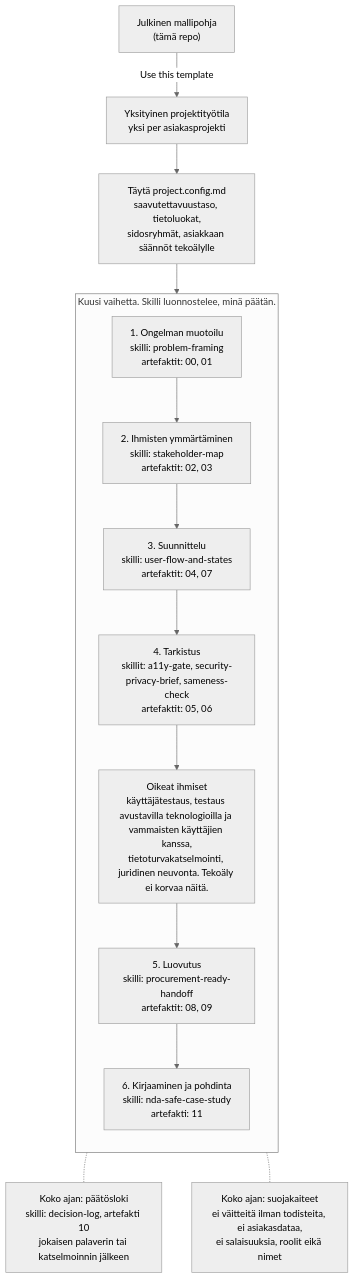
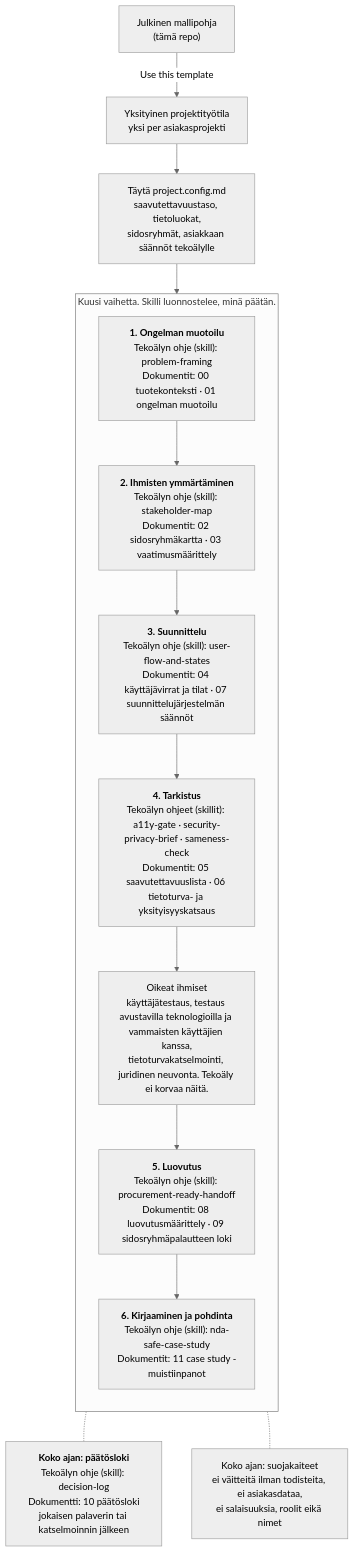
The diagram in docs/esittelyopas.md (beritalasmaki/project-set-up-template), drawn with Mermaid (neutral theme) before and after one commit. The commit also changed 2 other files, not shown here.

Commit message:
Format skill and document info in the process diagrams
Claude-Session: https://claude.ai/code/session_015M7xwrtszs2nSRjZ9Bacdz

````diff
--- a/docs/esittelyopas.md
+++ b/docs/esittelyopas.md
@@ -45,21 +45,21 @@
 ```mermaid
 flowchart TD
     T["Julkinen mallipohja<br/>(tämä repo)"] -->|"Use this template"| W["Yksityinen projektityötila<br/>yksi per asiakasprojekti"]
     W --> C["Täytä project.config.md<br/>saavutettavuustaso, tietoluokat,<br/>sidosryhmät, asiakkaan säännöt tekoälylle"]
     C --> STAGES
 
     subgraph STAGES["Kuusi vaihetta. Skilli luonnostelee, minä päätän."]
         direction TB
-        S1["1. Ongelman muotoilu<br/>skilli: problem-framing<br/>artefaktit: 00, 01"]
-        S2["2. Ihmisten ymmärtäminen<br/>skilli: stakeholder-map<br/>artefaktit: 02, 03"]
-        S3["3. Suunnittelu<br/>skilli: user-flow-and-states<br/>artefaktit: 04, 07"]
-        S4["4. Tarkistus<br/>skillit: a11y-gate, security-privacy-brief, sameness-check<br/>artefaktit: 05, 06"]
+        S1["<b>1. Ongelman muotoilu</b><br/>Tekoälyn ohje (skill): problem-framing<br/>Dokumentit: 00 tuotekonteksti · 01 ongelman muotoilu"]
+        S2["<b>2. Ihmisten ymmärtäminen</b><br/>Tekoälyn ohje (skill): stakeholder-map<br/>Dokumentit: 02 sidosryhmäkartta · 03 vaatimusmäärittely"]
+        S3["<b>3. Suunnittelu</b><br/>Tekoälyn ohje (skill): user-flow-and-states<br/>Dokumentit: 04 käyttäjävirrat ja tilat · 07 suunnittelujärjestelmän säännöt"]
+        S4["<b>4. Tarkistus</b><br/>Tekoälyn ohjeet (skillit): a11y-gate · security-privacy-brief · sameness-check<br/>Dokumentit: 05 saavutettavuuslista · 06 tietoturva- ja yksityisyyskatsaus"]
         RP["Oikeat ihmiset<br/>käyttäjätestaus, testaus avustavilla teknologioilla ja vammaisten käyttäjien kanssa,<br/>tietoturvakatselmointi, juridinen neuvonta. Tekoäly ei korvaa näitä."]
-        S5["5. Luovutus<br/>skilli: procurement-ready-handoff<br/>artefaktit: 08, 09"]
-        S6["6. Kirjaaminen ja pohdinta<br/>skilli: nda-safe-case-study<br/>artefakti: 11"]
+        S5["<b>5. Luovutus</b><br/>Tekoälyn ohje (skill): procurement-ready-handoff<br/>Dokumentit: 08 luovutusmäärittely · 09 sidosryhmäpalautteen loki"]
+        S6["<b>6. Kirjaaminen ja pohdinta</b><br/>Tekoälyn ohje (skill): nda-safe-case-study<br/>Dokumentit: 11 case study -muistiinpanot"]
         S1 --> S2 --> S3 --> S4 --> RP --> S5 --> S6
     end
 
-    STAGES -.- D["Koko ajan: päätösloki<br/>skilli: decision-log, artefakti 10<br/>jokaisen palaverin tai katselmoinnin jälkeen"]
+    STAGES -.- D["<b>Koko ajan: päätösloki</b><br/>Tekoälyn ohje (skill): decision-log<br/>Dokumentti: 10 päätösloki<br/>jokaisen palaverin tai katselmoinnin jälkeen"]
     STAGES -.- G["Koko ajan: suojakaiteet<br/>ei väitteitä ilman todisteita, ei asiakasdataa,<br/>ei salaisuuksia, roolit eikä nimet"]
 ```
````
